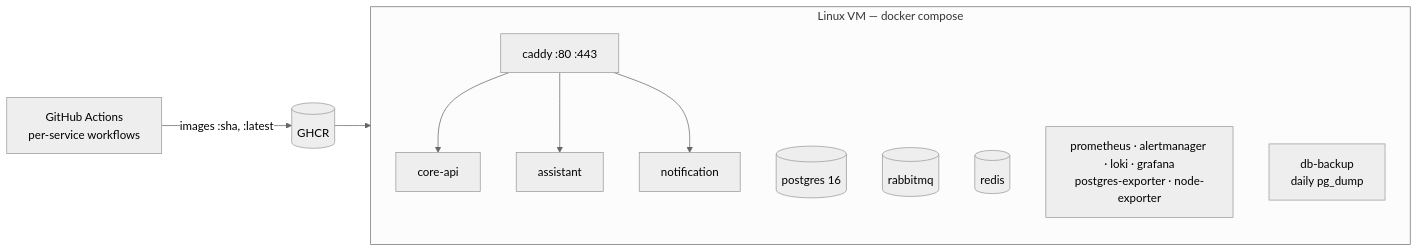
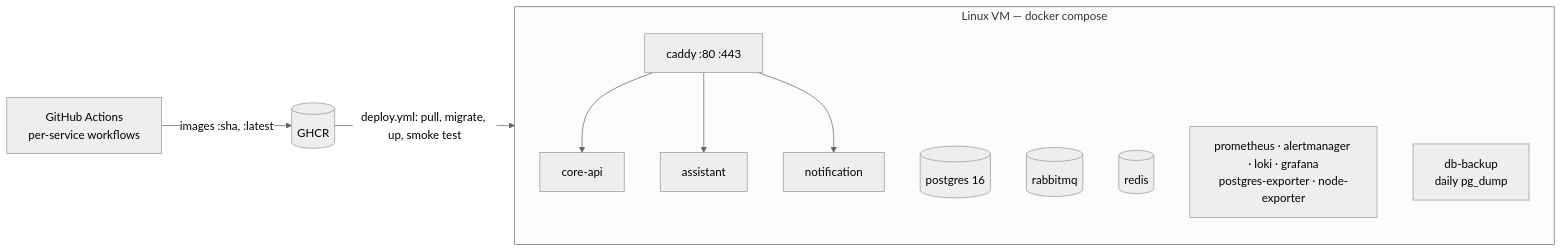
One commit to fedokgeniy/OneLoaf-BackEnd changed the seventh of 7 diagrams in docs/api/architecture/overview.md. Above: the diagram before and after it, drawn with Mermaid (neutral theme). The commit also changed other lines of this file and 5 other files, not shown here.

````diff
--- a/docs/api/architecture/overview.md
+++ b/docs/api/architecture/overview.md
@@ -195,17 +195,17 @@
 ```mermaid
 flowchart LR
     gh[GitHub Actions<br/>per-service workflows] -->|images :sha, :latest| ghcr[(GHCR)]
     subgraph vm[Linux VM — docker compose]
         caddy2[caddy :80 :443]
         core2[core-api]
         asst2[assistant]
         notif2[notification]
         pg2[(postgres 16)]
         mq2[(rabbitmq)]
         rd2[(redis)]
         obs[prometheus · alertmanager · loki · grafana<br/>postgres-exporter · node-exporter]
         backup[db-backup<br/>daily pg_dump]
     end
-    ghcr --> vm
+    ghcr -->|deploy.yml: pull, migrate, up, smoke test| vm
     caddy2 --> core2 & asst2 & notif2
 ```
````
